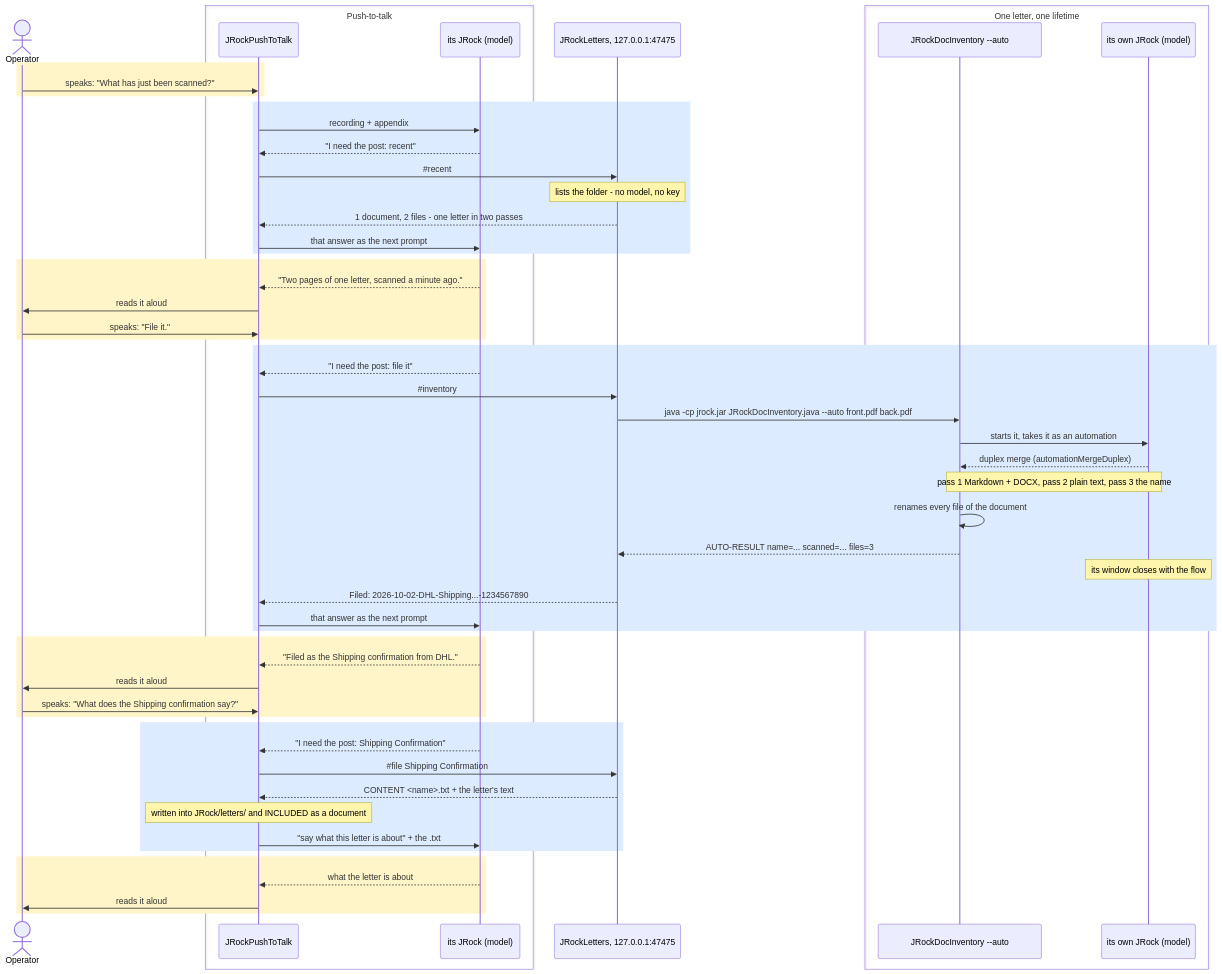
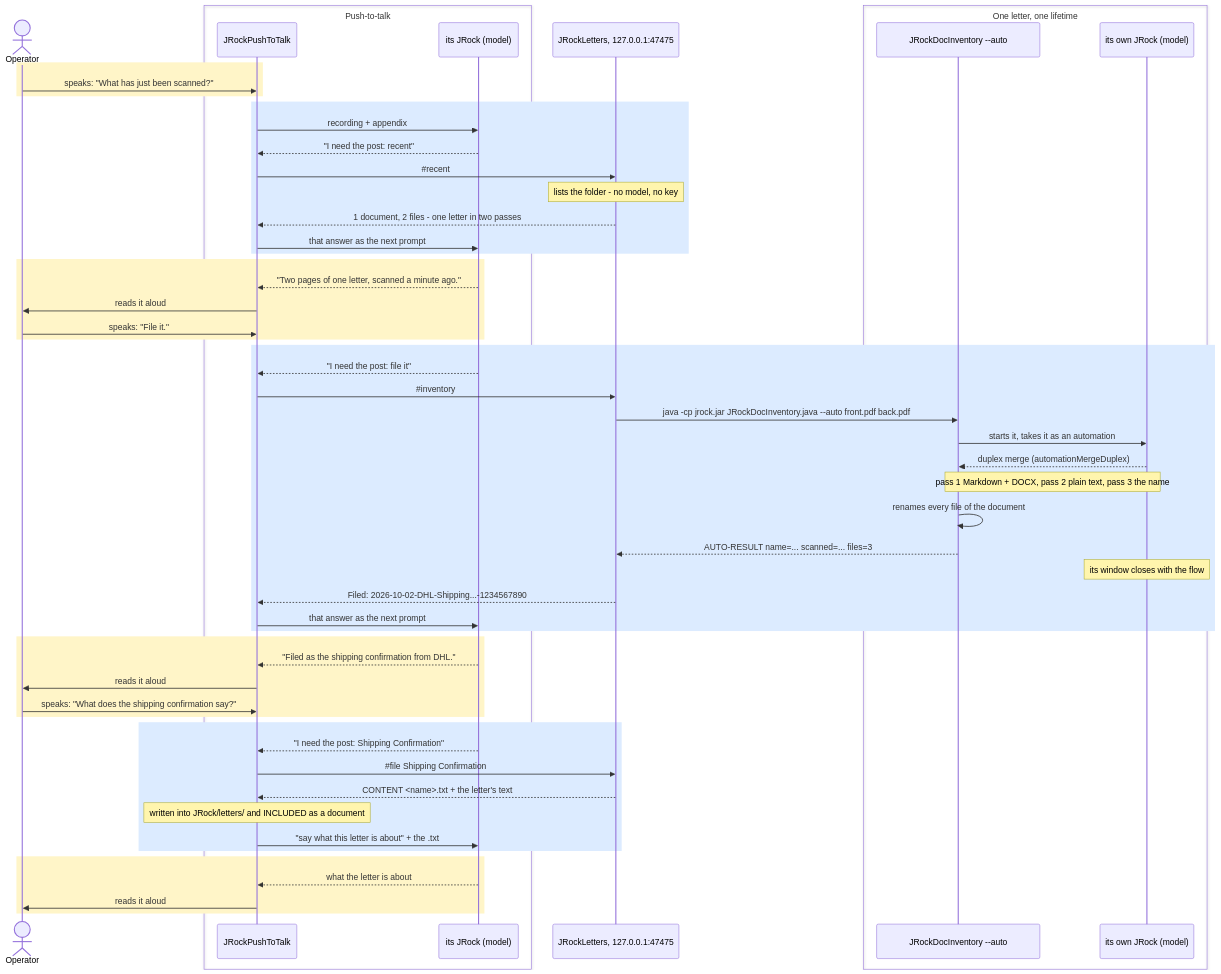
One commit to ivan-khvostishkov/jrock changed the second of 5 diagrams in README.md. Above: the diagram before and after it, drawn with Mermaid. The commit also changed other lines of this file and 2 other files, not shown here.

````diff
--- a/README.md
+++ b/README.md
@@ -2387,59 +2387,59 @@
 ```mermaid
 sequenceDiagram
     actor Op as Operator
     box Push-to-talk
         participant PTT as JRockPushToTalk
         participant PM as its JRock (model)
     end
     participant Let as JRockLetters, 127.0.0.1:47475
     box One letter, one lifetime
         participant Flow as JRockDocInventory #45;#45;auto
         participant FM as its own JRock (model)
     end
 
     rect rgb(255, 245, 200)
         Op->>PTT: speaks: "What has just been scanned?"
     end
     rect rgb(220, 235, 255)
         PTT->>PM: recording + appendix
         PM-->>PTT: "I need the post: recent"
         PTT->>Let: #35;recent
         Note over Let: lists the folder - no model, no key
         Let-->>PTT: 1 document, 2 files - one letter in two passes
         PTT->>PM: that answer as the next prompt
     end
     rect rgb(255, 245, 200)
         PM-->>PTT: "Two pages of one letter, scanned a minute ago."
         PTT->>Op: reads it aloud
         Op->>PTT: speaks: "File it."
     end
     rect rgb(220, 235, 255)
         PM-->>PTT: "I need the post: file it"
         PTT->>Let: #35;inventory
         Let->>Flow: java -cp jrock.jar JRockDocInventory.java #45;#45;auto front.pdf back.pdf
         Flow->>FM: starts it, takes it as an automation
         FM-->>Flow: duplex merge (automationMergeDuplex)
         Note over Flow,FM: pass 1 Markdown + DOCX, pass 2 plain text, pass 3 the name
         Flow->>Flow: renames every file of the document
         Flow-->>Let: AUTO-RESULT name=... scanned=... files=3
         Note over FM: its window closes with the flow
         Let-->>PTT: Filed: 2026-10-02-DHL-Shipping...-1234567890
         PTT->>PM: that answer as the next prompt
     end
     rect rgb(255, 245, 200)
-        PM-->>PTT: "Filed as the Shipping confirmation from DHL."
+        PM-->>PTT: "Filed as the shipping confirmation from DHL."
         PTT->>Op: reads it aloud
-        Op->>PTT: speaks: "What does the Shipping confirmation say?"
+        Op->>PTT: speaks: "What does the shipping confirmation say?"
     end
     rect rgb(220, 235, 255)
         PM-->>PTT: "I need the post: Shipping Confirmation"
         PTT->>Let: #35;file Shipping Confirmation
         Let-->>PTT: CONTENT <name>.txt + the letter's text
         Note over PTT: written into JRock/letters/ and INCLUDED as a document
         PTT->>PM: "say what this letter is about" + the .txt
     end
     rect rgb(255, 245, 200)
         PM-->>PTT: what the letter is about
         PTT->>Op: reads it aloud
     end
 ```
````
